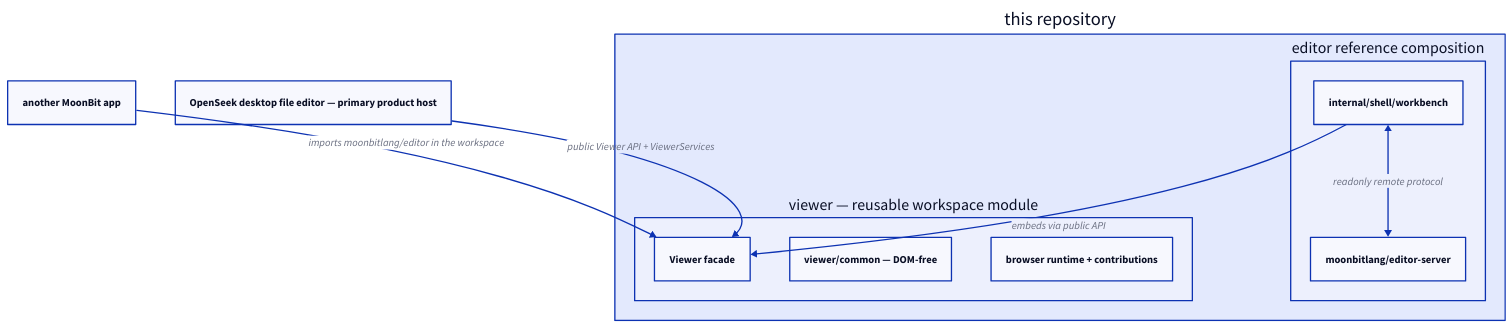
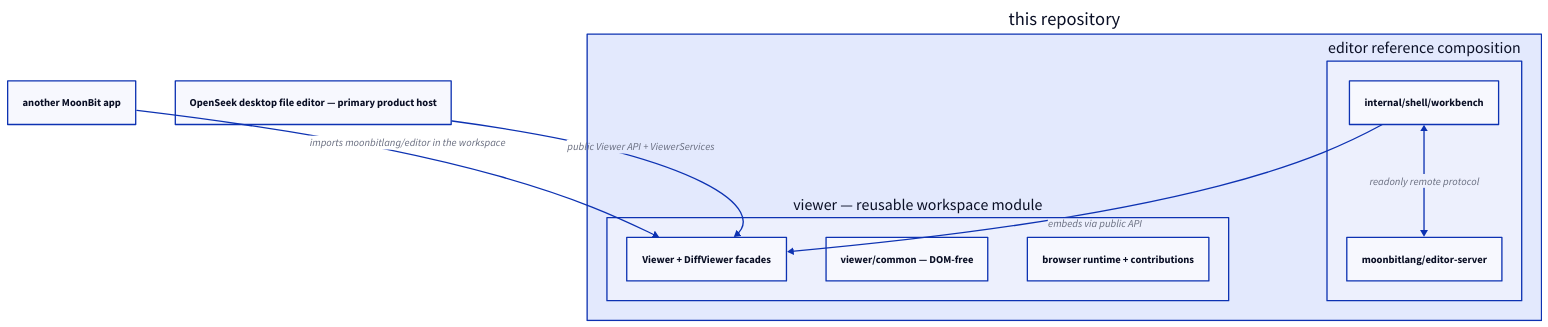
The diagram in editor/README.md (0717lee/openseek), drawn with D2 before and after one commit. The commit also changed 29 other files, not shown here.

Commit message:
feat(editor): add side-by-side diff viewer

````diff
--- a/editor/README.md
+++ b/editor/README.md
@@ -20,23 +20,23 @@
 ```d2
 direction: down
 
 embedder: another MoonBit app
 openseek: OpenSeek desktop file editor — primary product host
 
 repo: this repository {
   viewer: viewer — reusable workspace module {
-    facade: Viewer facade
+    facade: Viewer + DiffViewer facades
     common: viewer/common — DOM-free
     browser: browser runtime + contributions
   }
   reference: editor reference composition {
     workbench: internal/shell/workbench
     server: moonbitlang/editor-server
   }
 }
 
 embedder -> repo.viewer.facade: imports moonbitlang/editor in the workspace
 openseek -> repo.viewer.facade: public Viewer API + ViewerServices
 repo.reference.workbench -> repo.viewer.facade: embeds via public API
 repo.reference.workbench <-> repo.reference.server: readonly remote protocol
 ```
````
